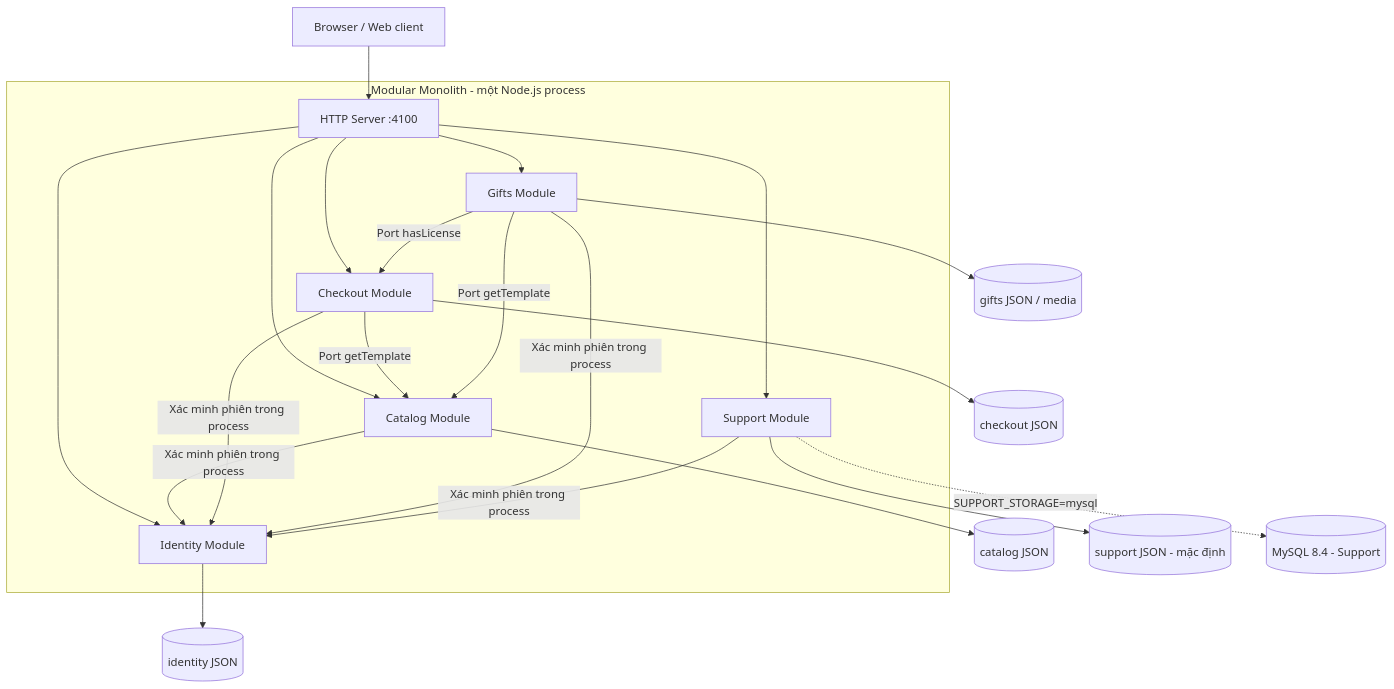
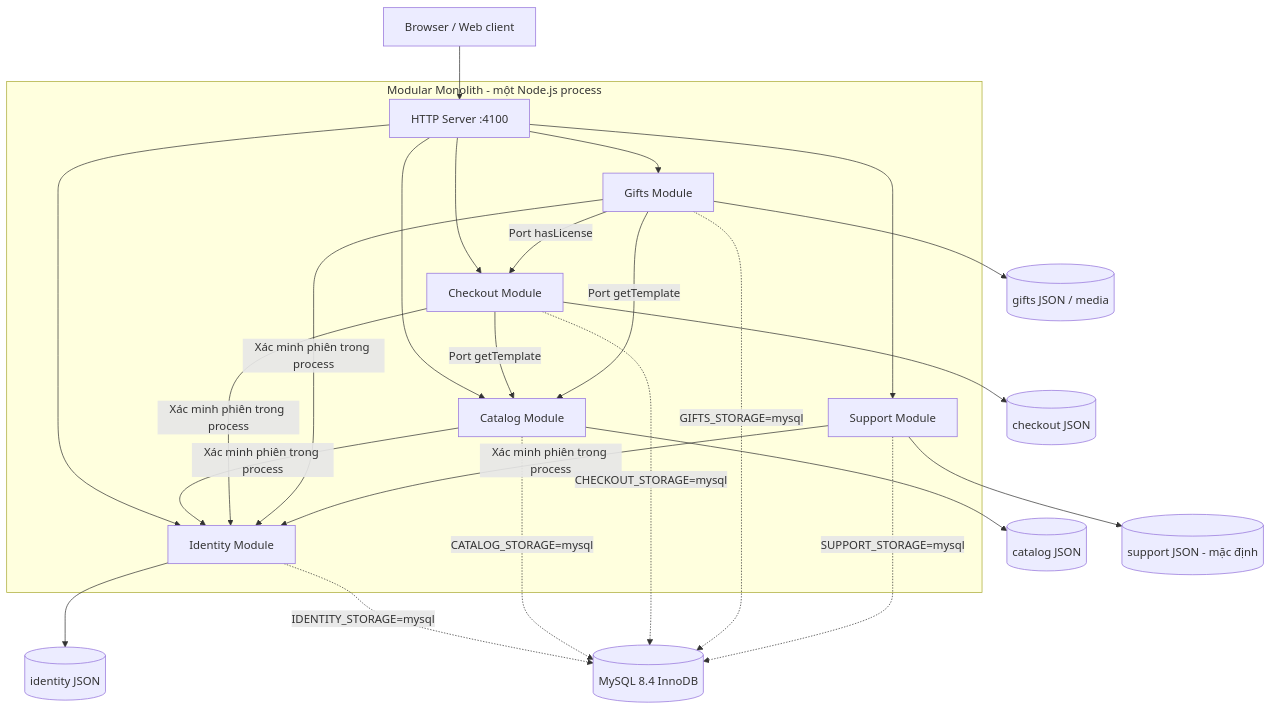
Before and after one commit to GNAUQ153/momevia: the diagram in docs/ARCHITECTURE.md, drawn with Mermaid. The commit also changed other lines of this file and 28 other files, not shown here.

Commit message:
feat: integrate MySQL gifts and checkout runtime v1.0

````diff
--- a/docs/ARCHITECTURE.md
+++ b/docs/ARCHITECTURE.md
@@ -5,24 +5,28 @@
 ```mermaid
 flowchart TB
     B[Browser / Web client] --> H[HTTP Server :4100]
     subgraph Backend[Modular Monolith - một Node.js process]
         H --> I[Identity Module]
         H --> C[Catalog Module]
         H --> O[Checkout Module]
         H --> G[Gifts Module]
         H --> S[Support Module]
         O -->|Port getTemplate| C
         G -->|Port getTemplate| C
         G -->|Port hasLicense| O
         C -->|Xác minh phiên trong process| I
         O -->|Xác minh phiên trong process| I
         G -->|Xác minh phiên trong process| I
         S -->|Xác minh phiên trong process| I
     end
     I --> DI[(identity JSON)]
     C --> DC[(catalog JSON)]
     O --> DO[(checkout JSON)]
     G --> DG[(gifts JSON / media)]
     S --> DS[(support JSON - mặc định)]
-    S -. SUPPORT_STORAGE=mysql .-> MY[(MySQL 8.4 - Support)]
+    I -. IDENTITY_STORAGE=mysql .-> MY[(MySQL 8.4 InnoDB)]
+    C -. CATALOG_STORAGE=mysql .-> MY
+    O -. CHECKOUT_STORAGE=mysql .-> MY
+    G -. GIFTS_STORAGE=mysql .-> MY
+    S -. SUPPORT_STORAGE=mysql .-> MY
 ```
````
